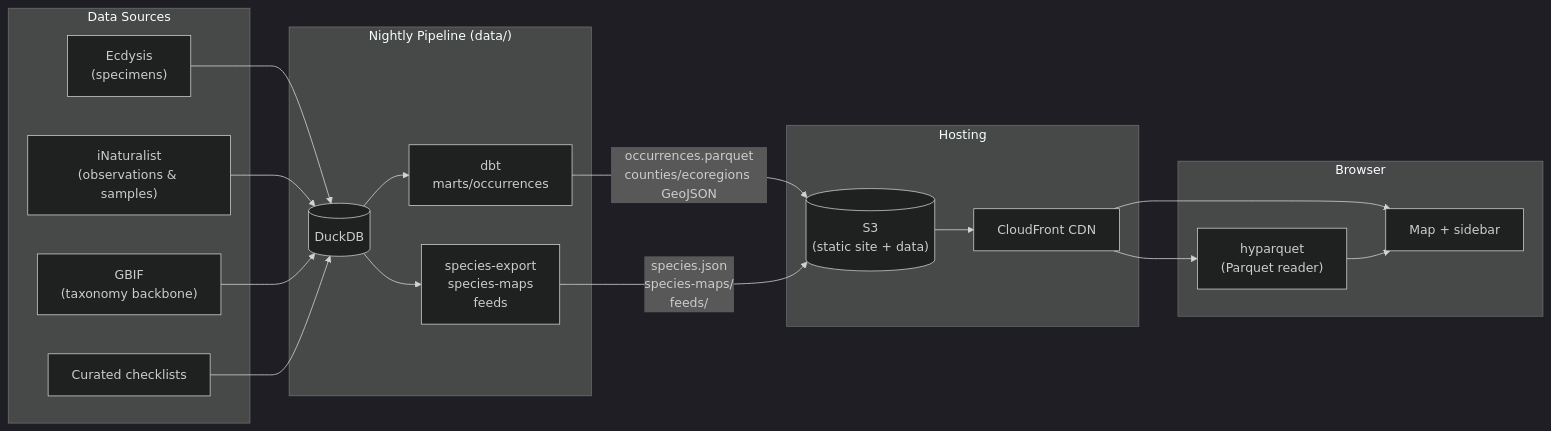
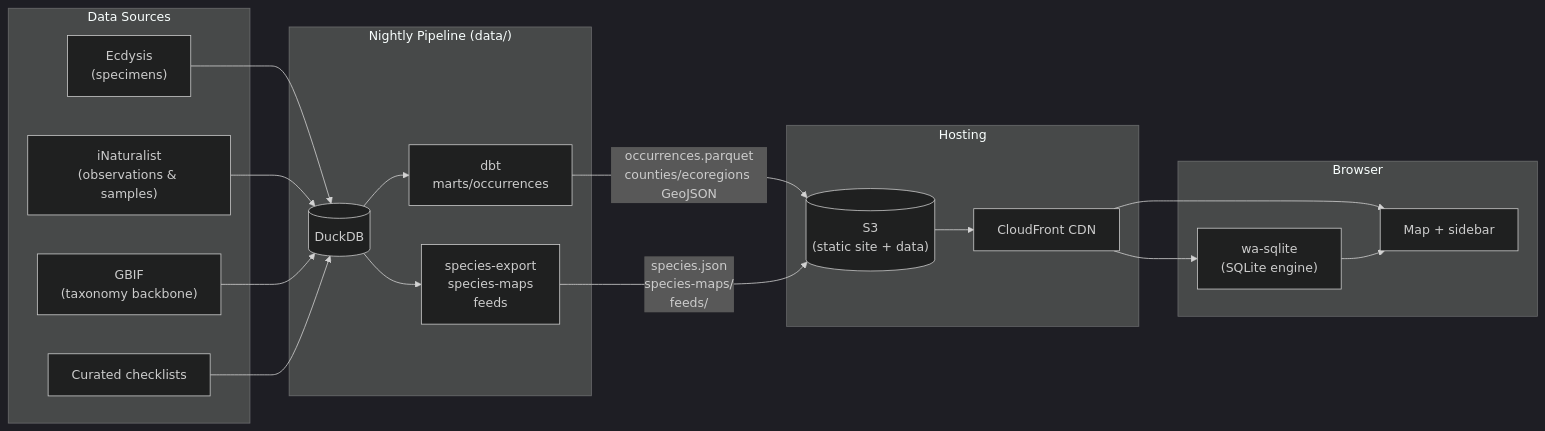
One commit to rainhead/beeatlas changed the diagram in README.md. Above: the diagram before and after it, drawn with Mermaid (dark theme). The commit also changed 11 other files, not shown here.

````diff
--- a/README.md
+++ b/README.md
@@ -11,35 +11,35 @@
 ```mermaid
 flowchart LR
     subgraph sources["Data Sources"]
         EC["Ecdysis\n(specimens)"]
         IN["iNaturalist\n(observations & samples)"]
         GB["GBIF\n(taxonomy backbone)"]
         CH["Curated checklists"]
     end
 
     subgraph pipeline["Nightly Pipeline  (data/)"]
         DB[(DuckDB)]
         DBT["dbt\nmarts/occurrences"]
         EX["species-export\nspecies-maps\nfeeds"]
     end
 
     subgraph hosting["Hosting"]
         S3[("S3\n(static site + data)")]
         CF["CloudFront CDN"]
     end
 
     subgraph browser["Browser"]
-        PQ["hyparquet\n(Parquet reader)"]
+        PQ["wa-sqlite\n(SQLite engine)"]
         UI["Map + sidebar"]
     end
 
     EC & IN --> DB
     GB & CH --> DB
     DB --> DBT
     DBT -->|"occurrences.parquet\ncounties/ecoregions GeoJSON"| S3
     DB --> EX
     EX -->|"species.json\nspecies-maps/\nfeeds/"| S3
     S3 --> CF
     CF --> PQ & UI
     PQ --> UI
 ```
````
